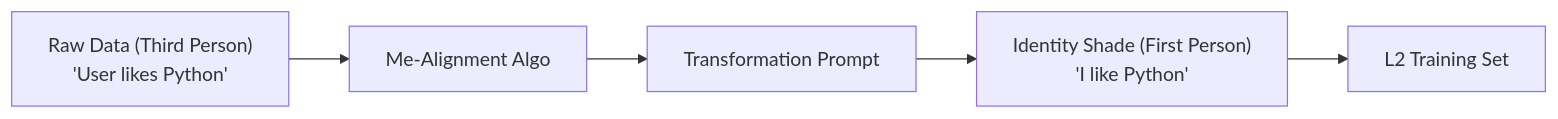
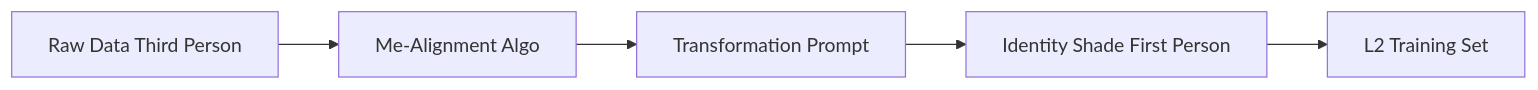
The fifth of 7 diagrams in docs/TECHNICAL_DESIGN.md (wangxwit/Second-Me), drawn with Mermaid before and after one commit. The commit also changed other lines of this file, not shown here.

First line of the commit message:
fix: 修复 Mermaid 图表渲染问题

````diff
--- a/docs/TECHNICAL_DESIGN.md
+++ b/docs/TECHNICAL_DESIGN.md
@@ -205,7 +209,7 @@
 ```mermaid
 flowchart LR
-    Input["Raw Data (Third Person)<br/>'User likes Python'"] --> Algo[Me-Alignment Algo]
+    Input["Raw Data Third Person"] --> Algo["Me-Alignment Algo"]
     Algo --> Prompt["Transformation Prompt"]
-    Prompt --> Output["Identity Shade (First Person)<br/>'I like Python'"]
+    Prompt --> Output["Identity Shade First Person"]
     Output --> L2Train["L2 Training Set"]
 ```
````
